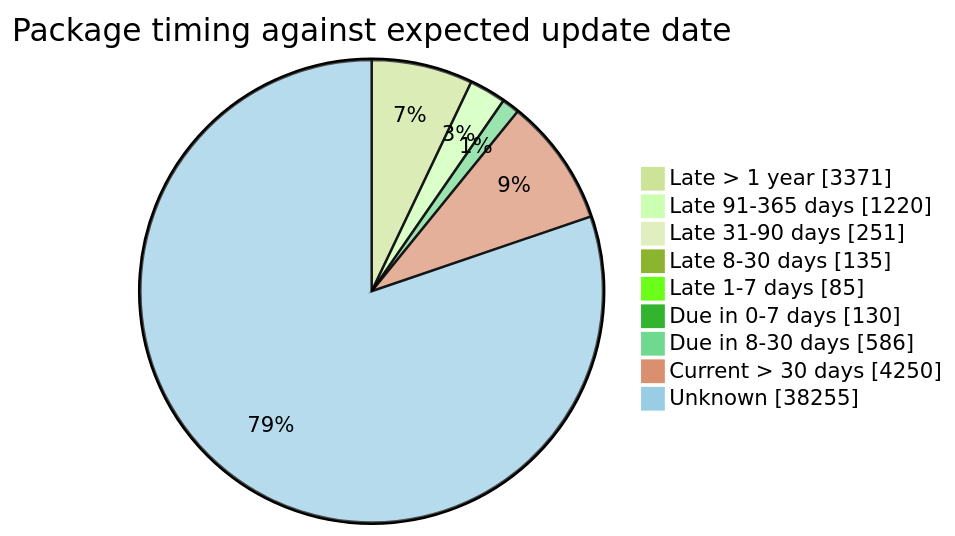
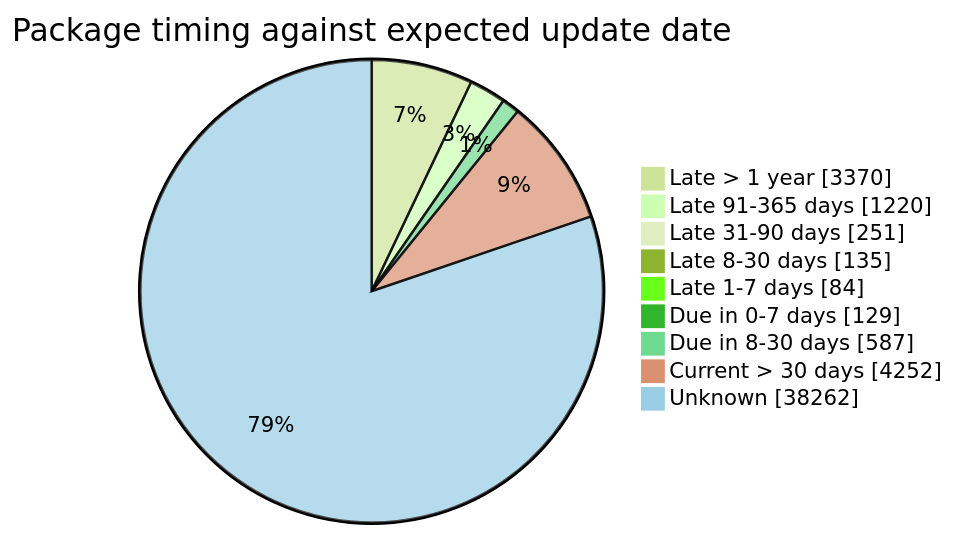
Before and after one commit to open-data/analytics-corporate-reporting: the fourth of 5 diagrams in FreshCheck/README.md, drawn with Mermaid (forest theme). The commit also changed other lines of this file and 3 other files, not shown here.

````diff
--- a/FreshCheck/README.md
+++ b/FreshCheck/README.md
@@ -86,12 +86,12 @@
 ```mermaid
 pie showData title Package timing against expected update date
-    "Late > 1 year": 3371
+    "Late > 1 year": 3370
     "Late 91-365 days": 1220
     "Late 31-90 days": 251
     "Late 8-30 days": 135
-    "Late 1-7 days": 85
-    "Due in 0-7 days": 130
-    "Due in 8-30 days": 586
-    "Current > 30 days": 4250
-    "Unknown": 38255
+    "Late 1-7 days": 84
+    "Due in 0-7 days": 129
+    "Due in 8-30 days": 587
+    "Current > 30 days": 4252
+    "Unknown": 38262
 ```
````
